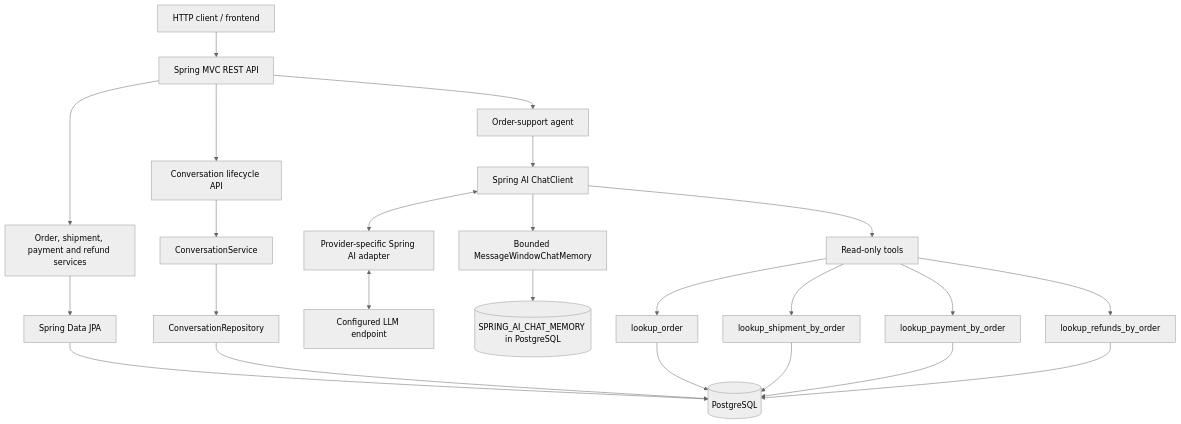
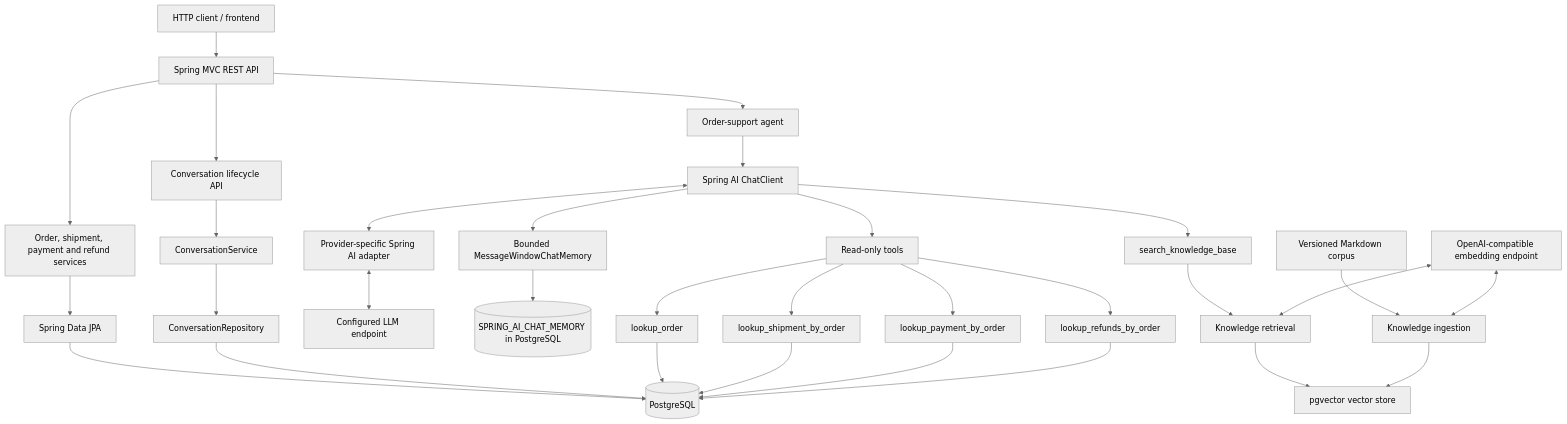
Before and after one commit to sbaychev/knowledge-agent: the diagram in README.md, drawn with Mermaid (neutral theme). The commit also changed other lines of this file and 20 other files, not shown here.

First line of the commit message:
feat(rag): add pgvector-backed knowledge retrieval

````diff
--- a/README.md
+++ b/README.md
@@ -67,31 +81,39 @@
 ```mermaid
 flowchart TD
     Client[HTTP client / frontend] --> API[Spring MVC REST API]
 
     API --> Domain[Order, shipment, payment and refund services]
     Domain --> JPA[Spring Data JPA]
     JPA --> DB[(PostgreSQL)]
 
     API --> ConversationAPI[Conversation lifecycle API]
     ConversationAPI --> ConversationService[ConversationService]
     ConversationService --> ConversationRepo[ConversationRepository]
     ConversationRepo --> DB
 
     API --> Agent[Order-support agent]
     Agent --> ChatClient[Spring AI ChatClient]
     ChatClient <--> Adapter[Provider-specific Spring AI adapter]
     Adapter <--> LLM[Configured LLM endpoint]
     ChatClient --> Memory[Bounded MessageWindowChatMemory]
     Memory --> MemoryDB[(SPRING_AI_CHAT_MEMORY in PostgreSQL)]
     ChatClient --> Tools[Read-only tools]
+    ChatClient --> KnowledgeTool[search_knowledge_base]
+
+    KnowledgeTool --> Retrieval[Knowledge retrieval]
+    Retrieval --> VectorStore[pgvector vector store]
+    Corpus[Versioned Markdown corpus] --> Ingestion[Knowledge ingestion]
+    Ingestion --> VectorStore
+    Embeddings[OpenAI-compatible embedding endpoint] <--> Ingestion
+    Embeddings <--> Retrieval
 
     Tools --> OrderTool[lookup_order]
     Tools --> ShipmentTool[lookup_shipment_by_order]
     Tools --> PaymentTool[lookup_payment_by_order]
     Tools --> RefundTool[lookup_refunds_by_order]
 
     OrderTool --> DB
     ShipmentTool --> DB
     PaymentTool --> DB
     RefundTool --> DB
 ```
````
